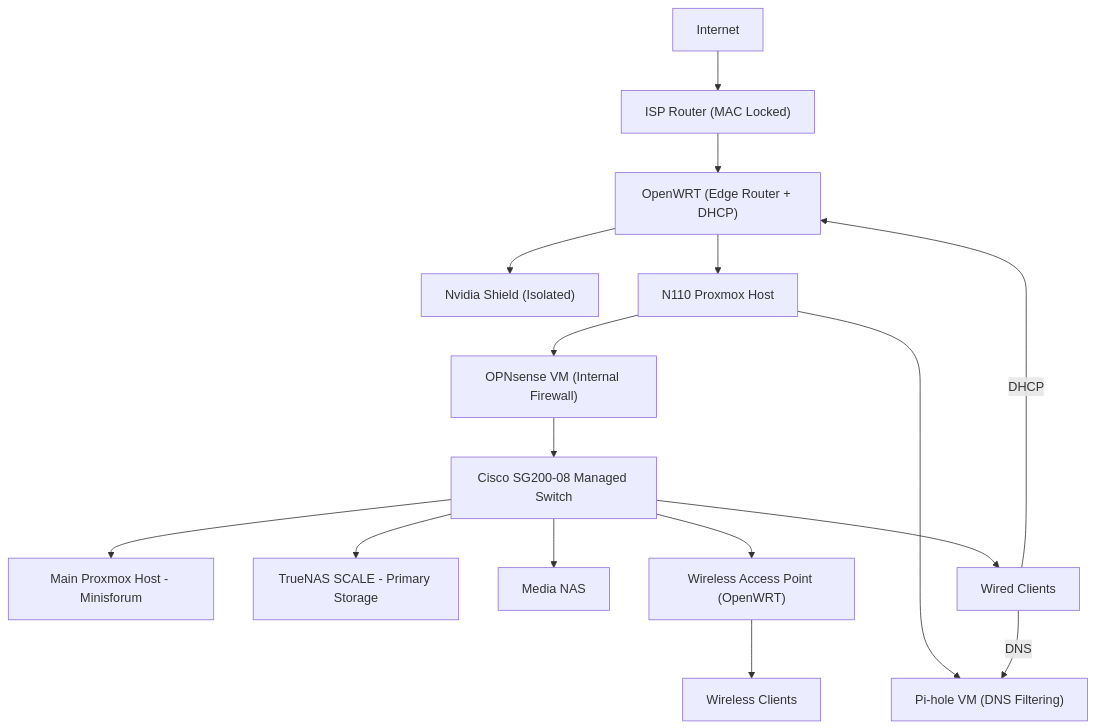
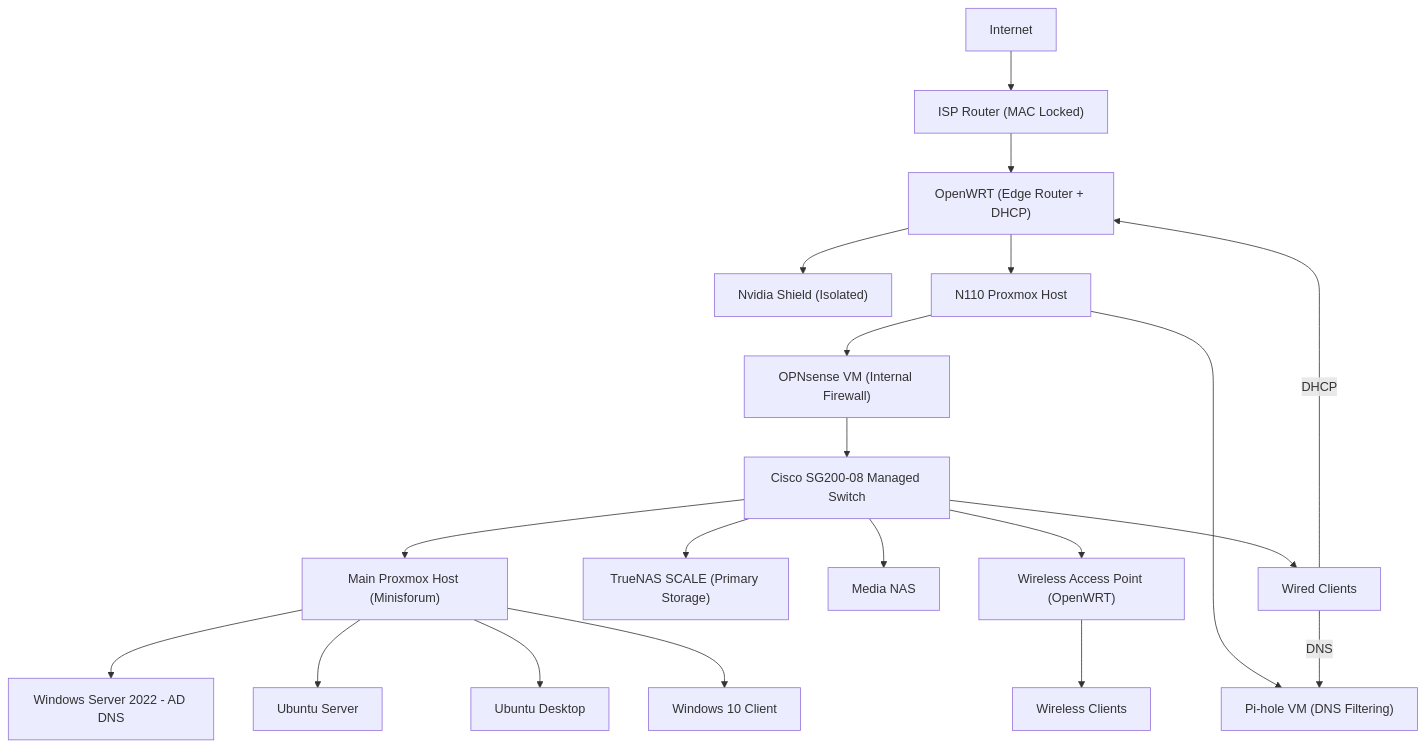
The diagram in README.md (erivera3/homelab-infrastructure), drawn with Mermaid before and after one commit.

````diff
--- a/README.md
+++ b/README.md
@@ -43,24 +43,31 @@
 ```mermaid
 flowchart TD
     Internet["Internet"] --> ISP["ISP Router (MAC Locked)"]
     ISP --> OpenWRT["OpenWRT (Edge Router + DHCP)"]
 
     OpenWRT --> Shield["Nvidia Shield (Isolated)"]
     OpenWRT --> N110["N110 Proxmox Host"]
 
     N110 --> OPNsense["OPNsense VM (Internal Firewall)"]
     N110 --> PiHole["Pi-hole VM (DNS Filtering)"]
 
     OPNsense --> Switch["Cisco SG200-08 Managed Switch"]
 
-    Switch --> Proxmox["Main Proxmox Host - Minisforum"]
-    Switch --> TrueNAS["TrueNAS SCALE - Primary Storage"]
+    Switch --> Proxmox["Main Proxmox Host (Minisforum)"]
+    Switch --> TrueNAS["TrueNAS SCALE (Primary Storage)"]
     Switch --> MediaNAS["Media NAS"]
     Switch --> AP["Wireless Access Point (OpenWRT)"]
     Switch --> Clients["Wired Clients"]
 
     AP --> WiFiClients["Wireless Clients"]
 
+    %% Your VMs (THIS is what you wanted)
+    Proxmox --> DC01["Windows Server 2022 - AD DNS"]
+    Proxmox --> UbuntuServer["Ubuntu Server"]
+    Proxmox --> UbuntuDesktop["Ubuntu Desktop"]
+    Proxmox --> Win10["Windows 10 Client"]
+
+    %% Network services
     Clients -->|DHCP| OpenWRT
     Clients -->|DNS| PiHole
 ```
````
